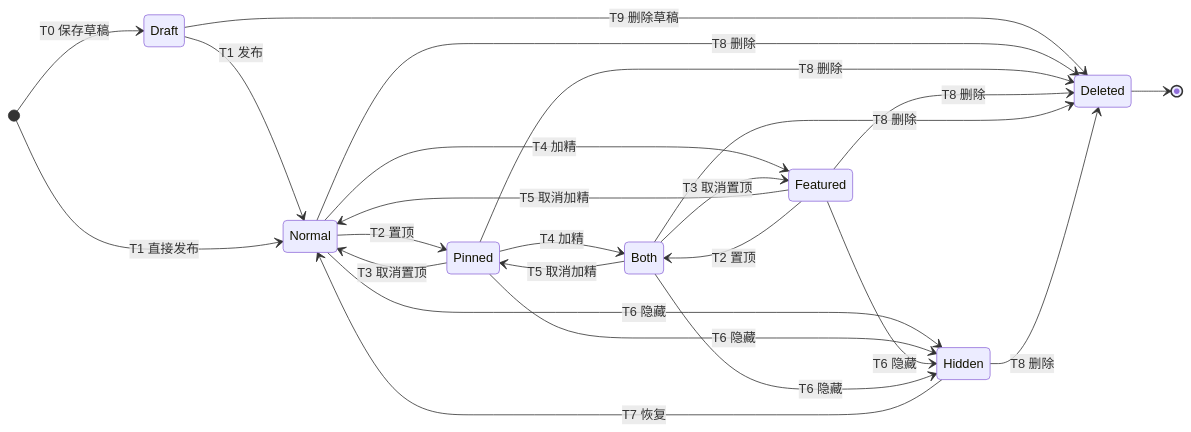
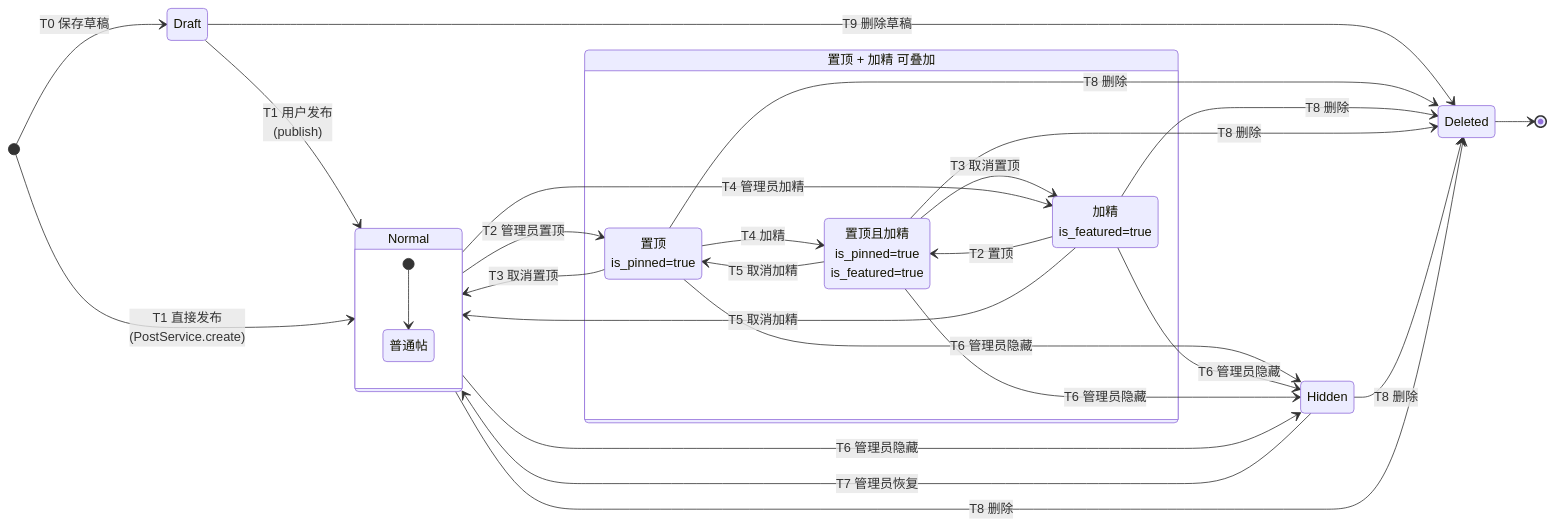
Before and after one commit to Nek0Charm/Campus-Bulletin-Board-System: the diagram in docs/diagrams/post_state.mmd, drawn with Mermaid. The commit also changed 6 other files, not shown here.

```diff
--- a/docs/diagrams/post_state.mmd
+++ b/docs/diagrams/post_state.mmd
@@ -1,29 +1,42 @@
 stateDiagram-v2
     direction LR
 
     [*] --> Draft : T0 保存草稿
-    Draft --> Normal : T1 发布
+    Draft --> Normal : T1 用户发布<br/>(publish)
     Draft --> Deleted : T9 删除草稿
-    [*] --> Normal : T1 直接发布
 
-    Normal --> Pinned : T2 置顶
-    Normal --> Featured : T4 加精
+    [*] --> Normal : T1 直接发布<br/>(PostService.create)
+
+    state Normal {
+        [*] --> Plain
+        Plain : 普通帖
+    }
+
+    state "置顶 + 加精 可叠加" as Decorated {
+        Pinned : 置顶<br/>is_pinned=true
+        Featured : 加精<br/>is_featured=true
+        PinnedAndFeatured : 置顶且加精<br/>is_pinned=true<br/>is_featured=true
+    }
+
+    Normal --> Pinned : T2 管理员置顶
+    Normal --> Featured : T4 管理员加精
     Pinned --> Normal : T3 取消置顶
     Featured --> Normal : T5 取消加精
-    Pinned --> Both : T4 加精
-    Featured --> Both : T2 置顶
-    Both --> Featured : T3 取消置顶
-    Both --> Pinned : T5 取消加精
+    Pinned --> PinnedAndFeatured : T4 加精
+    Featured --> PinnedAndFeatured : T2 置顶
+    PinnedAndFeatured --> Featured : T3 取消置顶
+    PinnedAndFeatured --> Pinned : T5 取消加精
 
-    Normal --> Hidden : T6 隐藏
-    Pinned --> Hidden : T6 隐藏
-    Featured --> Hidden : T6 隐藏
-    Both --> Hidden : T6 隐藏
-    Hidden --> Normal : T7 恢复
+    Normal --> Hidden : T6 管理员隐藏
+    Pinned --> Hidden : T6 管理员隐藏
+    Featured --> Hidden : T6 管理员隐藏
+    PinnedAndFeatured --> Hidden : T6 管理员隐藏
+    Hidden --> Normal : T7 管理员恢复
 
     Normal --> Deleted : T8 删除
     Pinned --> Deleted : T8 删除
     Featured --> Deleted : T8 删除
-    Both --> Deleted : T8 删除
+    PinnedAndFeatured --> Deleted : T8 删除
     Hidden --> Deleted : T8 删除
+
     Deleted --> [*]
```
